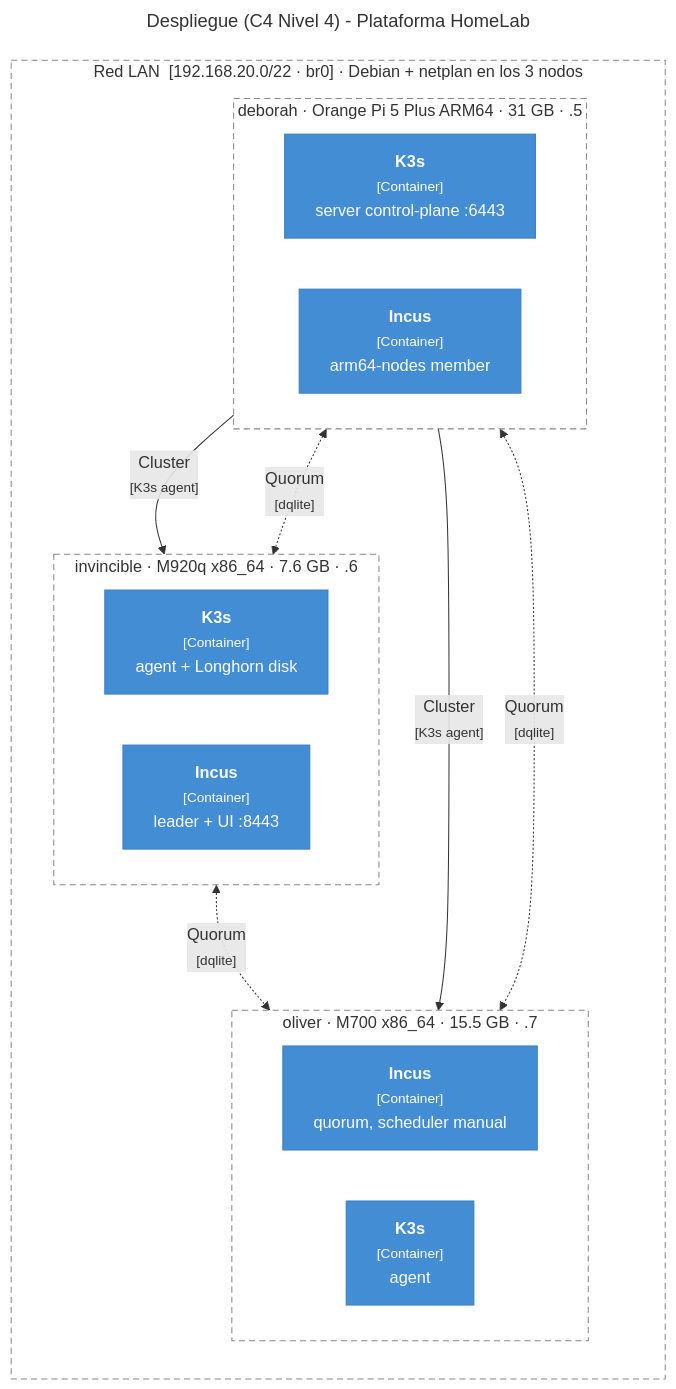
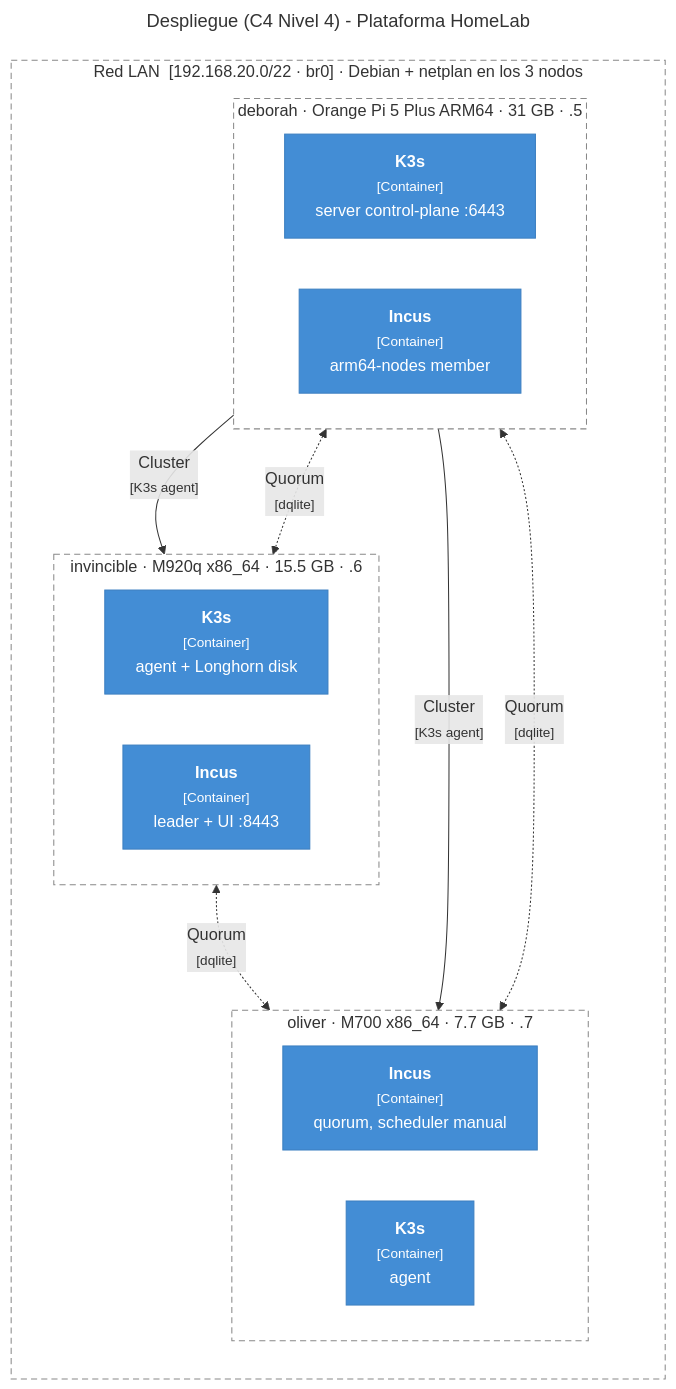
Before and after one commit to symintel/homelab: the diagram in docs/architecture/nivel-4-despliegue.md, drawn with Mermaid. The commit also changed other lines of this file and 39 other files, not shown here.

````diff
--- a/docs/architecture/nivel-4-despliegue.md
+++ b/docs/architecture/nivel-4-despliegue.md
@@ -27,44 +27,44 @@
 ```mermaid
 ---
 title: Despliegue (C4 Nivel 4) - Plataforma HomeLab
 config:
   flowchart:
     wrappingWidth: 280
 ---
 flowchart TB
     subgraph lan["Red LAN &nbsp;[192.168.20.0/22 · br0] · Debian + netplan en los 3 nodos"]
         direction TB
         subgraph deborah["deborah · Orange Pi 5 Plus ARM64 · 31 GB · .5"]
             direction LR
             k3s_deb["<span style='color:#fff'><b>K3s</b><br/><small>[Container]</small><br/>server control-plane :6443</span>"]
             incus_deb["<span style='color:#fff'><b>Incus</b><br/><small>[Container]</small><br/>arm64-nodes member</span>"]
         end
-        subgraph invincible["invincible · M920q x86_64 · 7.6 GB · .6"]
+        subgraph invincible["invincible · M920q x86_64 · 15.5 GB · .6"]
             direction LR
             k3s_inv["<span style='color:#fff'><b>K3s</b><br/><small>[Container]</small><br/>agent + Longhorn disk</span>"]
             incus_inv["<span style='color:#fff'><b>Incus</b><br/><small>[Container]</small><br/>leader + UI :8443</span>"]
         end
-        subgraph oliver["oliver · M700 x86_64 · 15.5 GB · .7"]
+        subgraph oliver["oliver · M700 x86_64 · 7.7 GB · .7"]
             direction LR
             incus_nol["<span style='color:#fff'><b>Incus</b><br/><small>[Container]</small><br/>quorum, scheduler manual</span>"]
             k3s_nol["<span style='color:#fff'><b>K3s</b><br/><small>[Container]</small><br/>agent</span>"]
         end
     end
 
     k3s_deb -->|"Cluster<br/><small>[K3s agent]</small>"| k3s_inv
     k3s_deb -->|"Cluster<br/><small>[K3s agent]</small>"| k3s_nol
     incus_deb <-.->|"Quorum<br/><small>[dqlite]</small>"| incus_inv
     incus_deb <-.->|"Quorum<br/><small>[dqlite]</small>"| incus_nol
     incus_inv <-.->|"Quorum<br/><small>[dqlite]</small>"| incus_nol
 
     classDef person fill:#08427B,stroke:#073B6F,color:#fff
     classDef system fill:#1168BD,stroke:#0B4884,color:#fff
     classDef container fill:#438DD5,stroke:#3C7FC0,color:#fff
     classDef component fill:#85BBF0,stroke:#78A8D8,color:#000
     classDef external fill:#999999,stroke:#8A8A8A,color:#fff
     class incus_inv,k3s_inv,k3s_deb,incus_deb,incus_nol,k3s_nol container
     style lan fill:none,stroke:#888,stroke-dasharray:6 4
     style invincible fill:none,stroke:#888,stroke-dasharray:6 4
     style deborah fill:none,stroke:#888,stroke-dasharray:6 4
     style oliver fill:none,stroke:#888,stroke-dasharray:6 4
 ```
````
